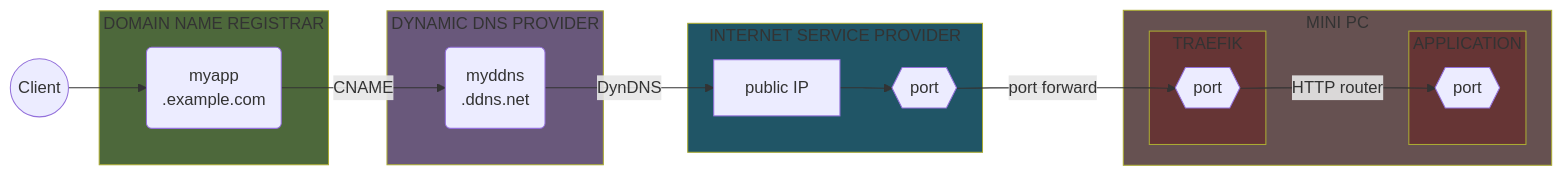
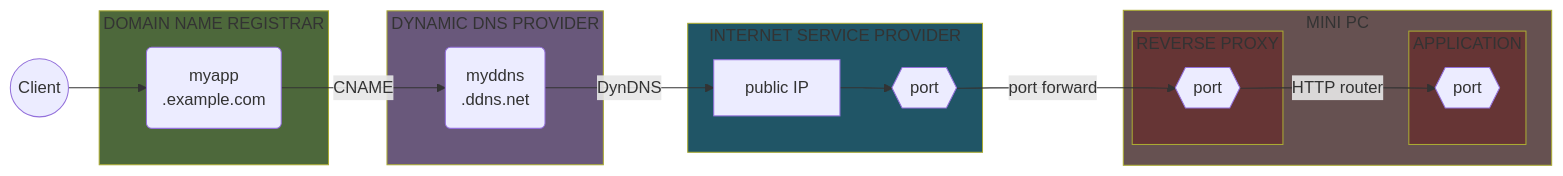
The second of 31 diagrams in README.md (Yann39/self-hosted-n100), drawn with Mermaid before and after one commit. The commit also changed other lines of this file, not shown here.

````diff
--- a/README.md
+++ b/README.md
@@ -600,46 +608,46 @@
 ```mermaid
 flowchart LR
     style HOSTING_PROVIDER fill: #4d683b
     style DDNS_PROVIDER fill: #69587b
     style INTERNET_SERVICE_PROVIDER fill: #205566
     style TRAEFIK_CONTAINER fill: #663535
     style APPLICATION fill: #663535
     style SERVER_DEVICE fill: #665151
     CLIENT((Client))
     SUBDOMAIN_MYAPP(myapp\n.example.com)
     DDNS(myddns\n.ddns.net)
     ROUTER[public IP]
     ROUTER_PORT{{port}}
     DOCKER_TRAEFIK_PORT{{port}}
     APPLICATION_PORT{{port}}
 
     subgraph HOSTING_PROVIDER[DOMAIN NAME REGISTRAR]
         SUBDOMAIN_MYAPP
     end
 
     subgraph DDNS_PROVIDER[DYNAMIC DNS PROVIDER]
         DDNS
     end
 
     subgraph INTERNET_SERVICE_PROVIDER[INTERNET SERVICE PROVIDER]
         ROUTER
         ROUTER_PORT
     end
 
     subgraph SERVER_DEVICE[MINI PC]
-        subgraph TRAEFIK_CONTAINER[TRAEFIK]
+        subgraph TRAEFIK_CONTAINER[REVERSE PROXY]
             DOCKER_TRAEFIK_PORT
         end
 
         subgraph APPLICATION[APPLICATION]
             APPLICATION_PORT
         end
     end
 
     CLIENT --> SUBDOMAIN_MYAPP
     SUBDOMAIN_MYAPP -->|CNAME| DDNS
     DDNS -->|DynDNS| ROUTER
     ROUTER --> ROUTER_PORT
     ROUTER_PORT -->|port forward| DOCKER_TRAEFIK_PORT
     DOCKER_TRAEFIK_PORT -->|HTTP router| APPLICATION_PORT
 ```
````
